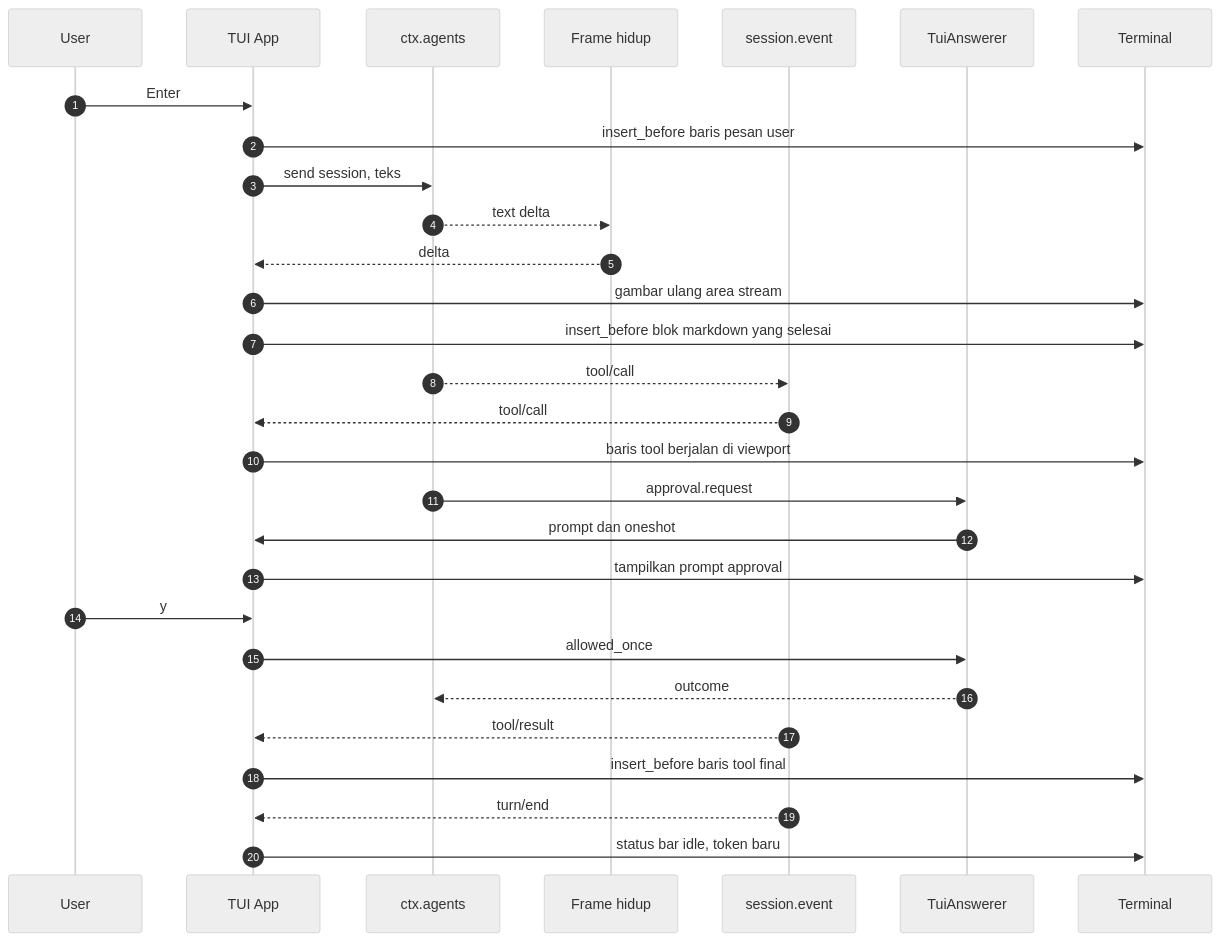
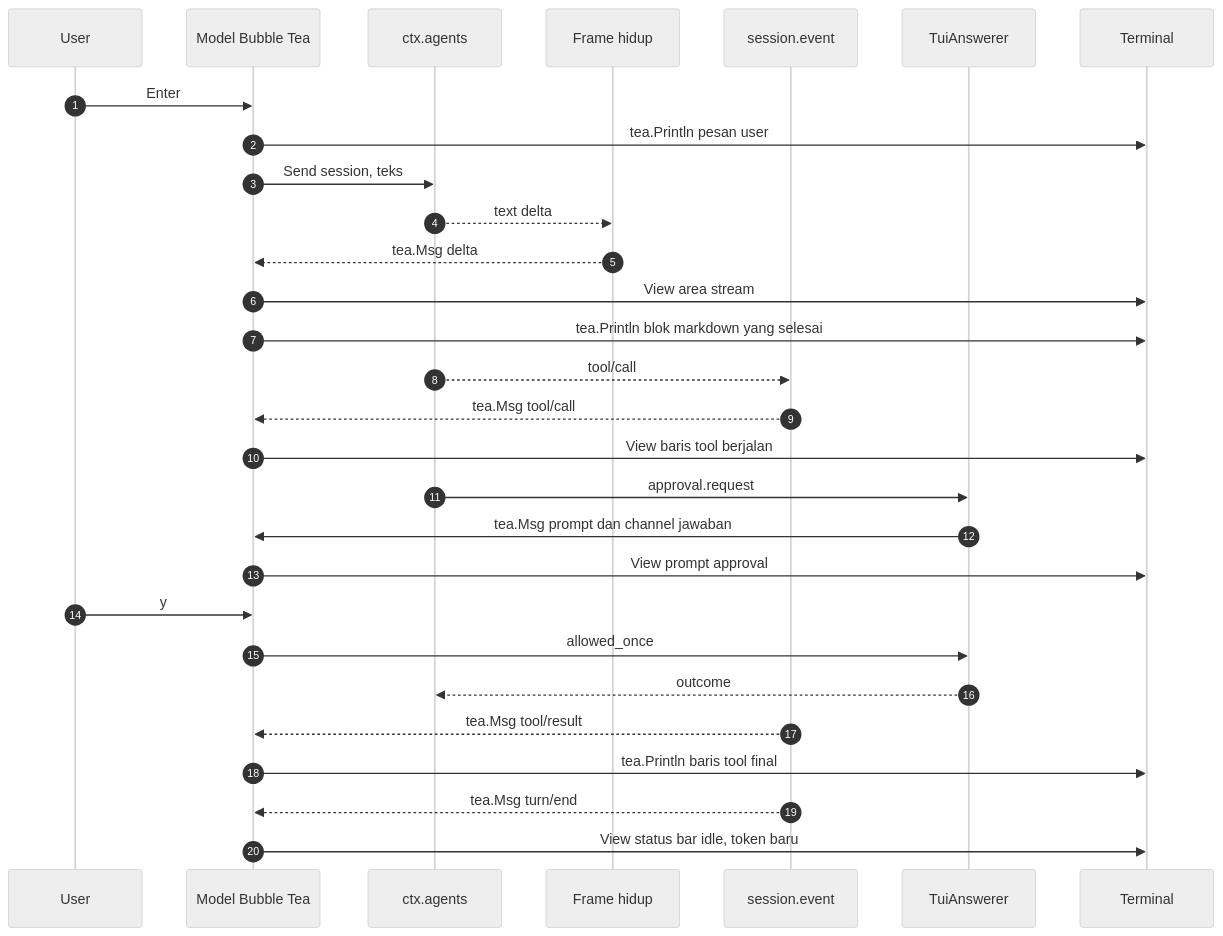
Before and after one commit to ridhomujizat/lana-harness: the fourth of 4 diagrams in docs/specs/1-cli-tui/design.md, drawn with Mermaid (neutral theme). The commit also changed other lines of this file and 24 other files, not shown here.

````diff
--- a/docs/specs/1-cli-tui/design.md
+++ b/docs/specs/1-cli-tui/design.md
@@ -246,32 +240,32 @@
 ```mermaid
 sequenceDiagram
   autonumber
   participant User
-  participant App as TUI App
+  participant App as Model Bubble Tea
   participant Agents as ctx.agents
   participant Live as Frame hidup
   participant Events as session.event
   participant Ans as TuiAnswerer
   participant Term as Terminal
 
   User->>App: Enter
-  App->>Term: insert_before baris pesan user
-  App->>Agents: send session, teks
+  App->>Term: tea.Println pesan user
+  App->>Agents: Send session, teks
   Agents-->>Live: text delta
-  Live-->>App: delta
-  App->>Term: gambar ulang area stream
-  App->>Term: insert_before blok markdown yang selesai
+  Live-->>App: tea.Msg delta
+  App->>Term: View area stream
+  App->>Term: tea.Println blok markdown yang selesai
   Agents-->>Events: tool/call
-  Events-->>App: tool/call
-  App->>Term: baris tool berjalan di viewport
+  Events-->>App: tea.Msg tool/call
+  App->>Term: View baris tool berjalan
   Agents->>Ans: approval.request
-  Ans->>App: prompt dan oneshot
-  App->>Term: tampilkan prompt approval
+  Ans->>App: tea.Msg prompt dan channel jawaban
+  App->>Term: View prompt approval
   User->>App: y
   App->>Ans: allowed_once
   Ans-->>Agents: outcome
-  Events-->>App: tool/result
-  App->>Term: insert_before baris tool final
-  Events-->>App: turn/end
-  App->>Term: status bar idle, token baru
+  Events-->>App: tea.Msg tool/result
+  App->>Term: tea.Println baris tool final
+  Events-->>App: tea.Msg turn/end
+  App->>Term: View status bar idle, token baru
 ```
````
